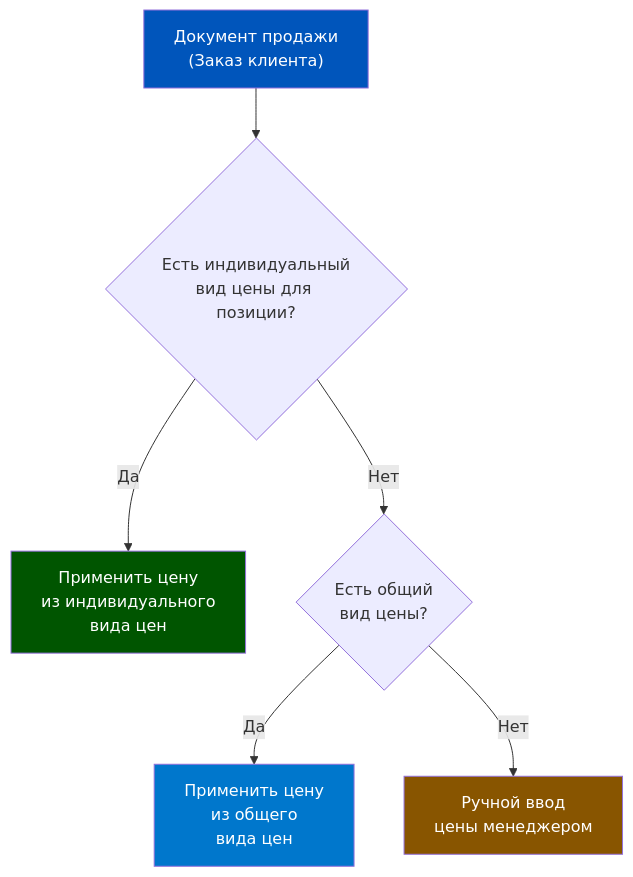
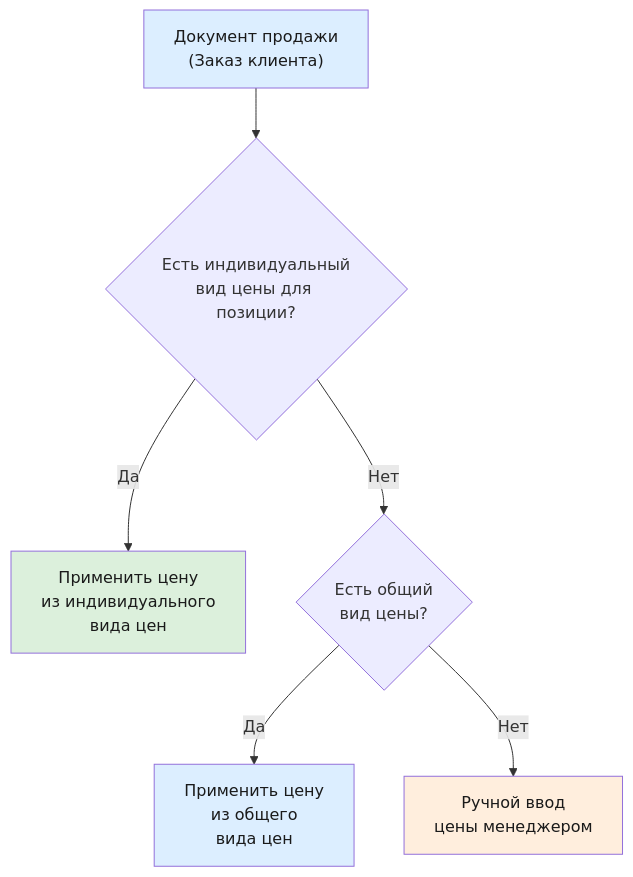
One commit to murad1986/1c-erp-quartz changed the second of 6 diagrams in content/1c-erp/week_2/Неделя 2 - День 4 - Ценообразование.md. Above: the diagram before and after it, drawn with Mermaid. The commit also changed other lines of this file and 57 other files, not shown here.

First line of the commit message:
fix: Mermaid — пастельные цвета в источниках диаграмм (56 файлов)

````diff
--- a/content/1c-erp/week_2/Неделя 2 - День 4 - Ценообразование.md
+++ b/content/1c-erp/week_2/Неделя 2 - День 4 - Ценообразование.md
@@ -103,13 +103,13 @@
 ```mermaid
 flowchart TD
     DOC["Документ продажи<br/>(Заказ клиента)"] --> CHECK1{"Есть индивидуальный<br/>вид цены для позиции?"}
     CHECK1 -->|"Да"| INDV["Применить цену<br/>из индивидуального<br/>вида цен"]
     CHECK1 -->|"Нет"| CHECK2{"Есть общий<br/>вид цены?"}
     CHECK2 -->|"Да"| GEN["Применить цену<br/>из общего<br/>вида цен"]
     CHECK2 -->|"Нет"| MANUAL["Ручной ввод<br/>цены менеджером"]
 
-    style DOC fill:#0055BB,color:#fff
-    style INDV fill:#005500,color:#fff
-    style GEN fill:#0077CC,color:#fff
-    style MANUAL fill:#885500,color:#fff
+    style DOC fill:#dceeff,color:#1a1a1a
+    style INDV fill:#dcf0dc,color:#1a1a1a
+    style GEN fill:#dceeff,color:#1a1a1a
+    style MANUAL fill:#ffeedd,color:#1a1a1a
 ```
````
